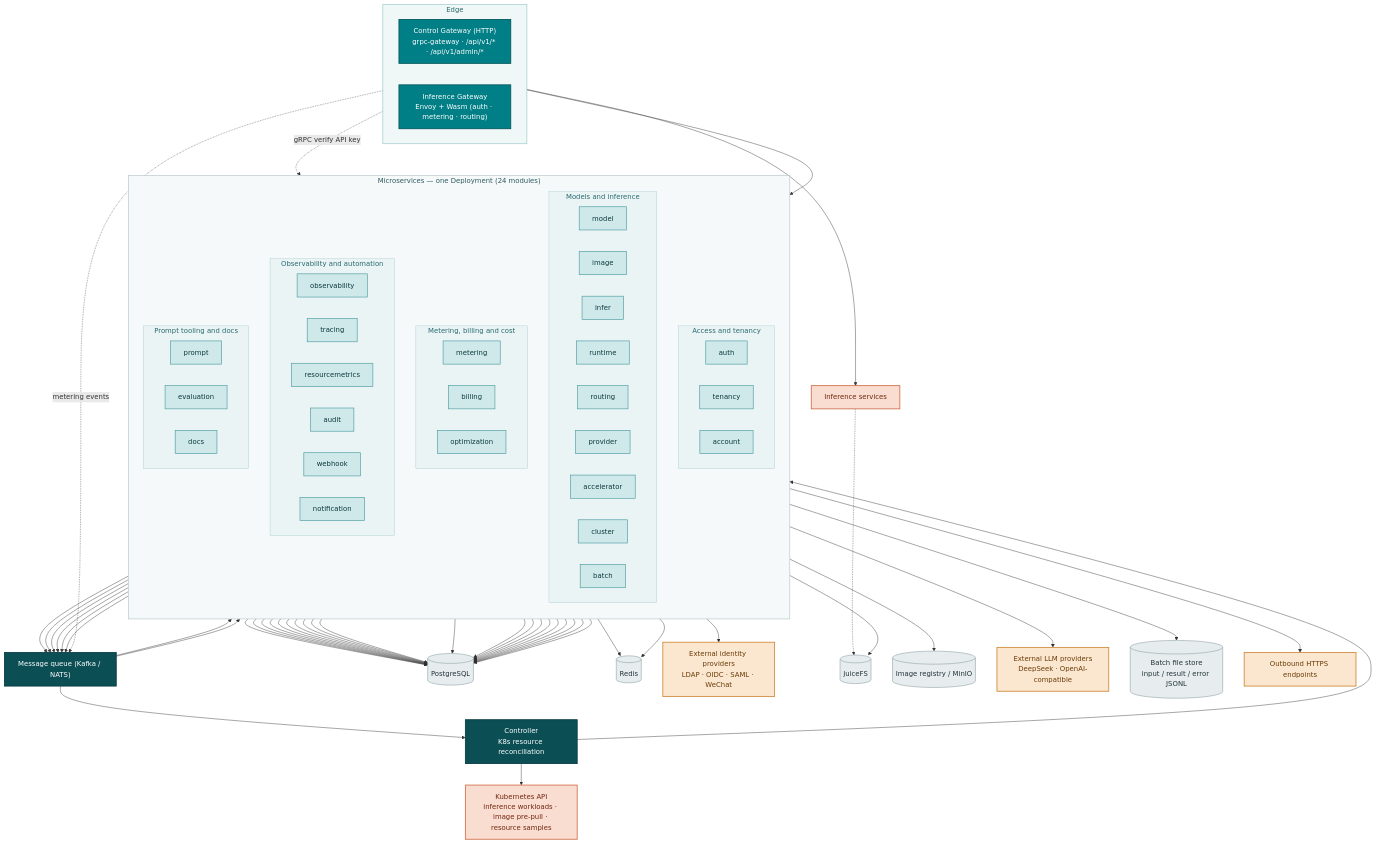
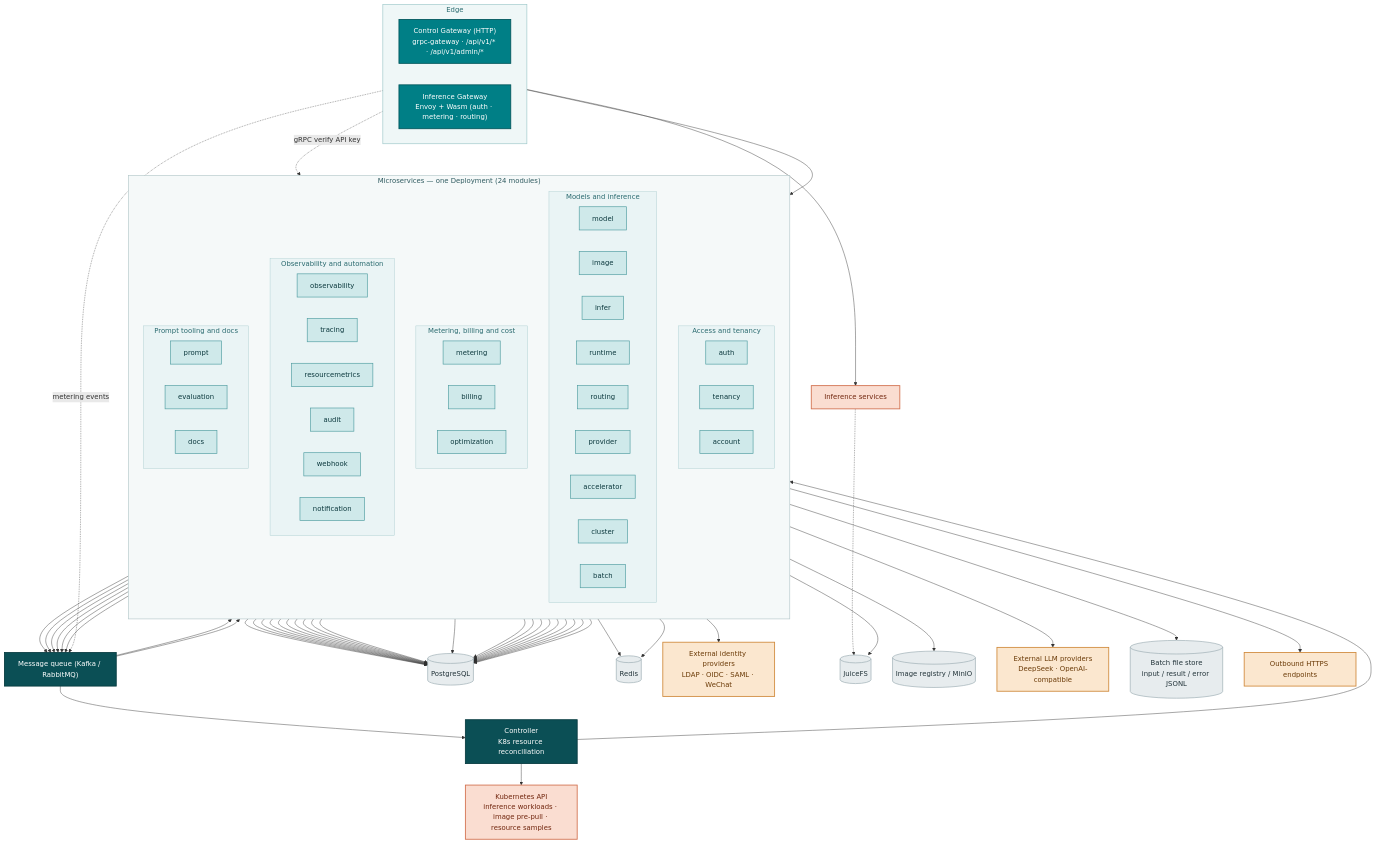
One commit to go-taas/go-taas changed the second of 6 diagrams in site/docs/design/architecture.md. Above: the diagram before and after it, drawn with Mermaid. The commit also changed other lines of this file and 35 other files, not shown here.

First line of the commit message:
docs: replace NATS with RabbitMQ across docs

```diff
--- a/site/docs/design/architecture.md
+++ b/site/docs/design/architecture.md
@@ -200,7 +200,7 @@
     CGW --> mods
     DGW --> RT["Inference services"]
     DGW -.->|gRPC verify API key| AUTH
-    DGW -.->|metering events| MQ["Message queue (Kafka / NATS)"]
+    DGW -.->|metering events| MQ["Message queue (Kafka / RabbitMQ)"]
 
     AUTH --> PG[(PostgreSQL)]
     AUTH --> RD[(Redis)]
```
